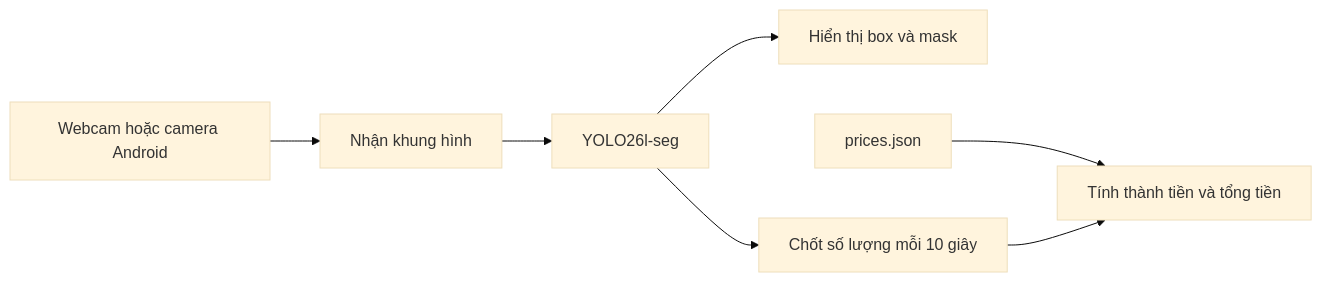
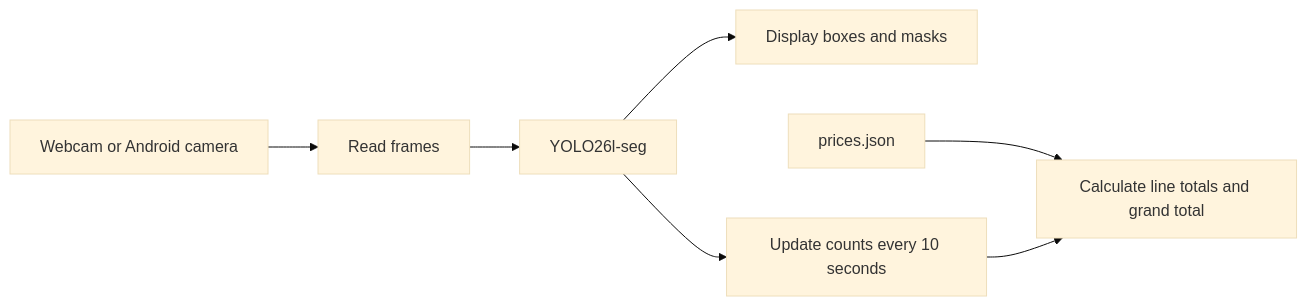
One commit to Toriki1111/Goods-Dectection changed the diagram in README.md. Above: the diagram before and after it, drawn with Mermaid (base theme). The commit also changed other lines of this file, not shown here.

````diff
--- a/README.md
+++ b/README.md
@@ -41,9 +43,9 @@
 ```mermaid
 flowchart LR
-    A[Webcam hoặc camera Android] --> B[Nhận khung hình]
+    A[Webcam or Android camera] --> B[Read frames]
     B --> C[YOLO26l-seg]
-    C --> D[Hiển thị box và mask]
-    C --> E[Chốt số lượng mỗi 10 giây]
-    P[prices.json] --> F[Tính thành tiền và tổng tiền]
+    C --> D[Display boxes and masks]
+    C --> E[Update counts every 10 seconds]
+    P[prices.json] --> F[Calculate line totals and grand total]
     E --> F
 ```
````
